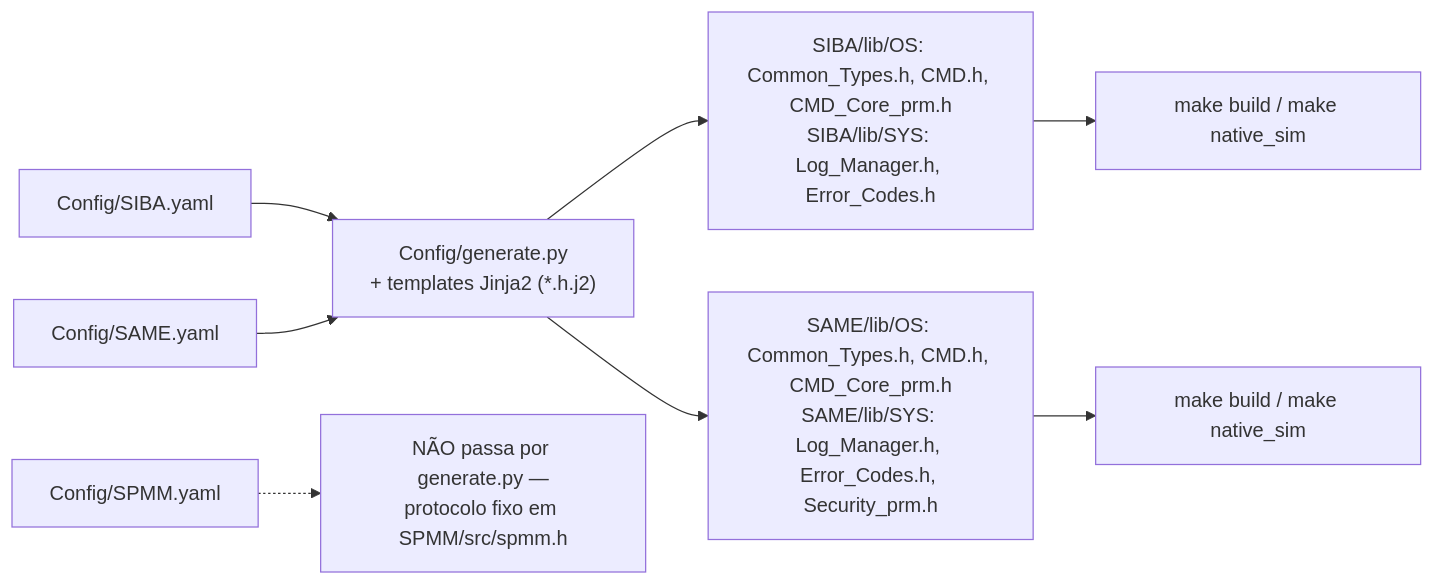
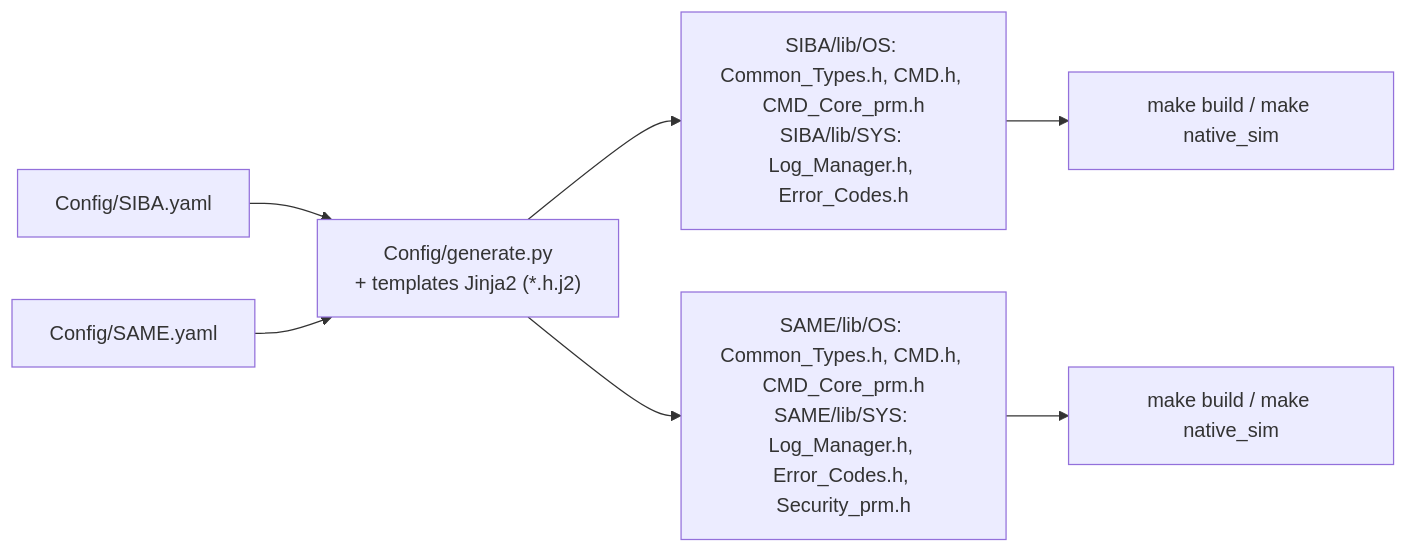
Before and after one commit to vitordallolivo/TCC: the second of 5 diagrams in Codigos/README.md, drawn with Mermaid. The commit also changed other lines of this file and 59 other files, not shown here.

````diff
--- a/Codigos/README.md
+++ b/Codigos/README.md
@@ -81,11 +74,9 @@
 ```mermaid
 flowchart LR
     y1["Config/SIBA.yaml"] --> gen["Config/generate.py<br/>+ templates Jinja2 (*.h.j2)"]
     y2["Config/SAME.yaml"] --> gen
     gen --> h1["SIBA/lib/OS: Common_Types.h, CMD.h, CMD_Core_prm.h<br/>SIBA/lib/SYS: Log_Manager.h, Error_Codes.h"]
     gen --> h2["SAME/lib/OS: Common_Types.h, CMD.h, CMD_Core_prm.h<br/>SAME/lib/SYS: Log_Manager.h, Error_Codes.h, Security_prm.h"]
     h1 --> SIBAbuild["make build / make native_sim"]
     h2 --> SAMEbuild["make build / make native_sim"]
-
-    y3["Config/SPMM.yaml"] -.-> note["NÃO passa por generate.py —<br/>protocolo fixo em SPMM/src/spmm.h"]
 ```
````
